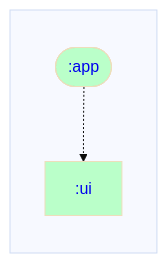
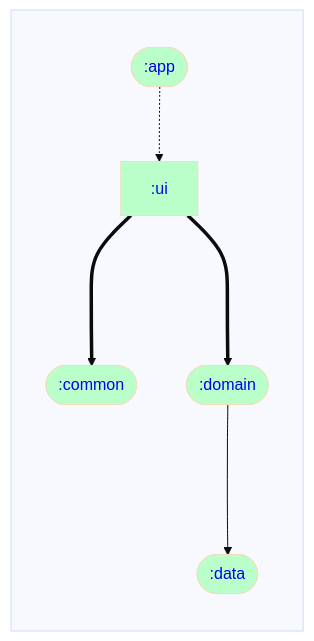
The diagram in ui/dependencyGraph.md (ARES-ID/Daedalus), drawn with Mermaid before and after one commit. The commit also changed 4 other files, not shown here.

Commit message:
Generate dependency graphs

````diff
--- a/ui/dependencyGraph.md
+++ b/ui/dependencyGraph.md
@@ -1,22 +1,28 @@
 ```mermaid
 %%{ init: { 'theme': 'base' } }%%
 graph LR;
 
 %% Styling for module nodes by type
 classDef rootNode stroke-width:4px;
 classDef mppNode fill:#ffd2b3,color:#333333;
 classDef andNode fill:#baffc9,color:#333333;
 classDef javaNode fill:#ffb3ba,color:#333333;
 
 %% Modules
 subgraph  
   direction TB;
   :app([<a href='https://github.com/rjspies/Daedalus/blob/main/app/dependencyGraph.md' style='text-decoration:auto'>:app</a>]):::andNode;
+  :common([<a href='https://github.com/rjspies/Daedalus/blob/main/common/dependencyGraph.md' style='text-decoration:auto'>:common</a>]):::andNode;
+  :data([<a href='https://github.com/rjspies/Daedalus/blob/main/data/dependencyGraph.md' style='text-decoration:auto'>:data</a>]):::andNode;
+  :domain([<a href='https://github.com/rjspies/Daedalus/blob/main/domain/dependencyGraph.md' style='text-decoration:auto'>:domain</a>]):::andNode;
   :ui[<a href='https://github.com/rjspies/Daedalus/blob/main/ui/dependencyGraph.md' style='text-decoration:auto'>:ui</a>]:::andNode;
 end
 
 %% Dependencies
+:ui===>:common
+:ui===>:domain
+:domain--->:data
 
 %% Dependents
 :app-.->:ui
 ```
````
